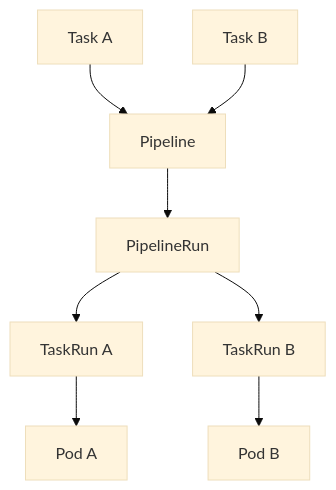
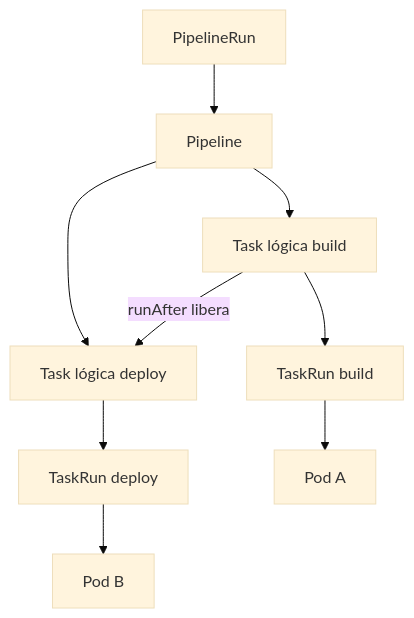
One commit to fmonticelli/ex288-labs changed diagram 19 of 21 in mindmap/README.md. Above: the diagram before and after it, drawn with Mermaid (base theme). The commit also changed other lines of this file, not shown here.

````diff
--- a/mindmap/README.md
+++ b/mindmap/README.md
@@ -962,10 +964,11 @@
 ```mermaid
 flowchart TD
-    T1[Task A] --> P[Pipeline]
-    T2[Task B] --> P
-    P --> PR[PipelineRun]
-    PR --> TR1[TaskRun A]
-    PR --> TR2[TaskRun B]
+    PR[PipelineRun] --> P[Pipeline]
+    P --> T1[Task lógica build]
+    P --> T2[Task lógica deploy]
+    T1 --> TR1[TaskRun build]
+    T2 --> TR2[TaskRun deploy]
     TR1 --> POD1[Pod A]
     TR2 --> POD2[Pod B]
+    T1 -->|runAfter libera| T2
 ```
````
